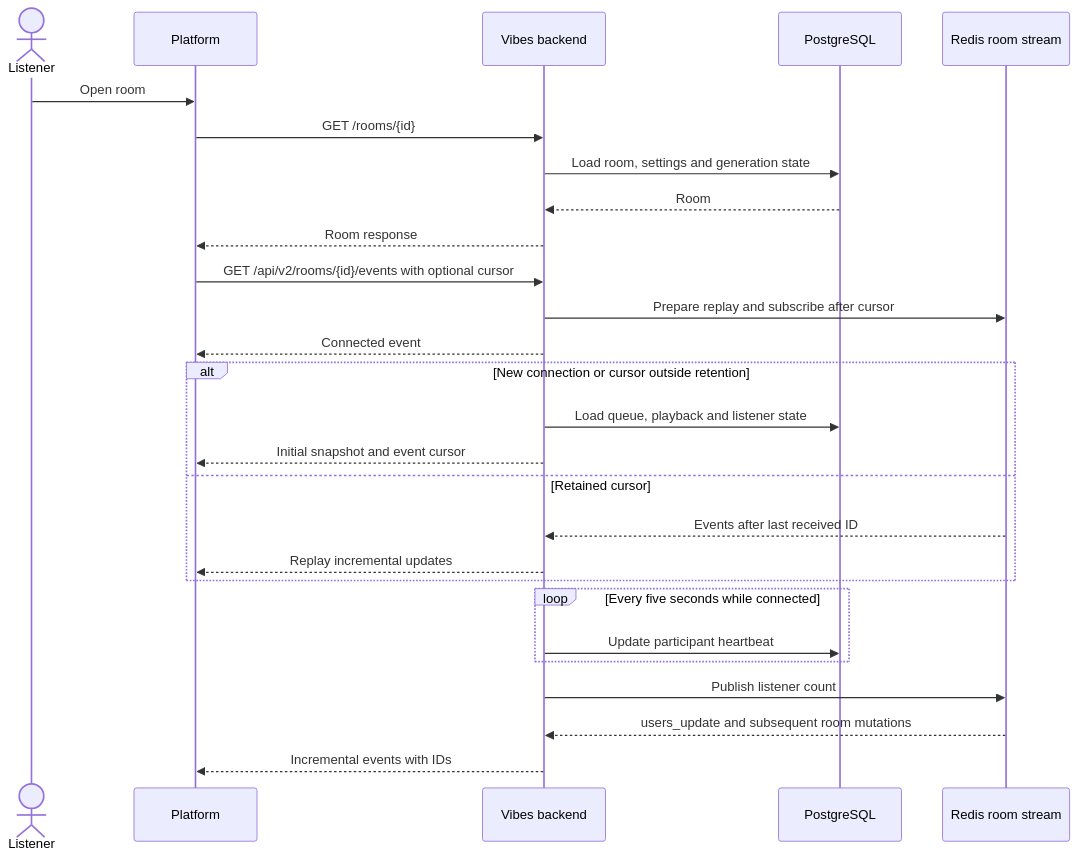
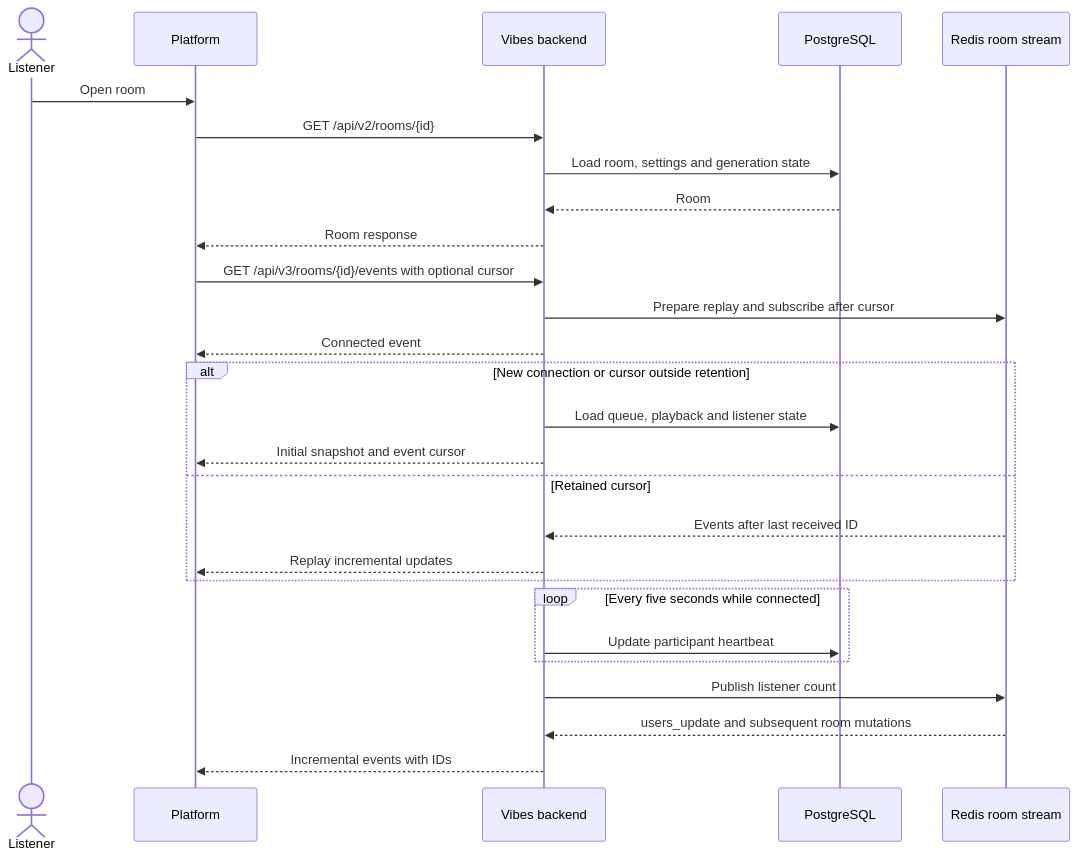
One commit to zoff-music/vibes-backend changed the first of 2 diagrams in docs/flows/sessions.md. Above: the diagram before and after it, drawn with Mermaid. The commit also changed other lines of this file and 69 other files, not shown here.

````diff
--- a/docs/flows/sessions.md
+++ b/docs/flows/sessions.md
@@ -8,34 +8,34 @@
 ```mermaid
 sequenceDiagram
     actor Listener
     participant Platform
     participant API as Vibes backend
     participant DB as PostgreSQL
     participant Events as Redis room stream
 
     Listener->>Platform: Open room
-    Platform->>API: GET /rooms/{id}
+    Platform->>API: GET /api/v2/rooms/{id}
     API->>DB: Load room, settings and generation state
     DB-->>API: Room
     API-->>Platform: Room response
 
-    Platform->>API: GET /api/v2/rooms/{id}/events with optional cursor
+    Platform->>API: GET /api/v3/rooms/{id}/events with optional cursor
     API->>Events: Prepare replay and subscribe after cursor
     API-->>Platform: Connected event
 
     alt New connection or cursor outside retention
         API->>DB: Load queue, playback and listener state
         API-->>Platform: Initial snapshot and event cursor
     else Retained cursor
         Events-->>API: Events after last received ID
         API-->>Platform: Replay incremental updates
     end
 
     loop Every five seconds while connected
         API->>DB: Update participant heartbeat
     end
 
     API->>Events: Publish listener count
     Events-->>API: users_update and subsequent room mutations
     API-->>Platform: Incremental events with IDs
 ```
````
